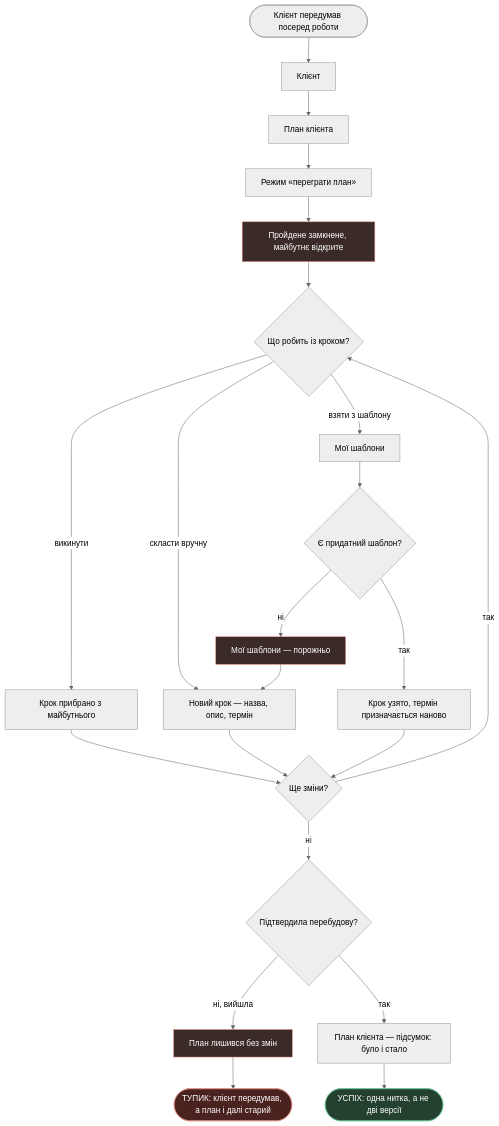
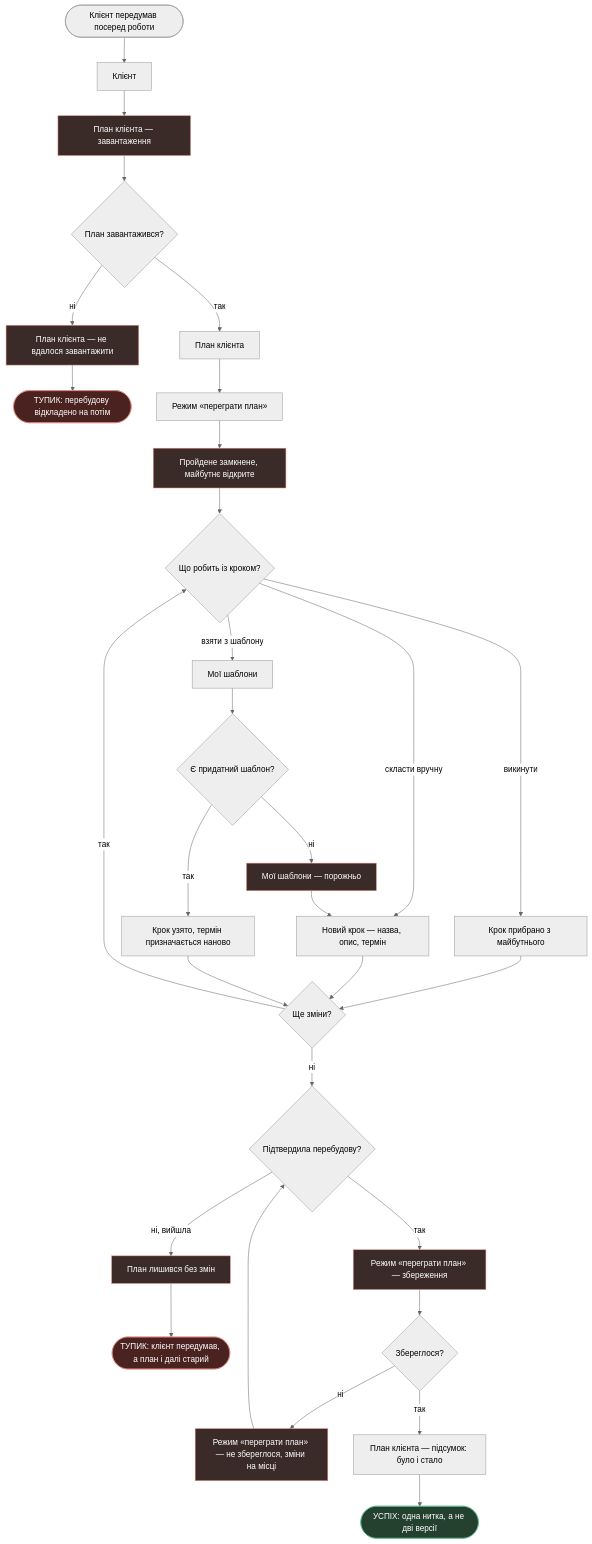
One commit to OYerokhina/AI_product changed the third of 4 diagrams in flows.md. Above: the diagram before and after it, drawn with Mermaid (neutral theme). The commit also changed other lines of this file and 7 other files, not shown here.

````diff
--- a/flows.md
+++ b/flows.md
@@ -190,31 +228,39 @@
 ```mermaid
 flowchart TD
     TRIG(["Клієнт передумав посеред роботи"]) --> CARD["Клієнт"]
-    CARD --> PLAN["План клієнта"]
+    CARD --> PLOAD["План клієнта — завантаження"]
+    PLOAD --> PERR{"План завантажився?"}
+    PERR -->|ні| PFAIL["План клієнта — не вдалося завантажити"]
+    PFAIL --> DEAD1(["ТУПИК: перебудову відкладено на потім"])
+    PERR -->|так| PLAN["План клієнта"]
     PLAN --> MODE["Режим «переграти план»"]
     MODE --> SPLIT["Пройдене замкнене, майбутнє відкрите"]
     SPLIT --> WHAT{"Що робить із кроком?"}
     WHAT -->|викинути| DROP["Крок прибрано з майбутнього"]
     WHAT -->|скласти вручну| MANUAL["Новий крок — назва, опис, термін"]
     WHAT -->|взяти з шаблону| TPL["Мої шаблони"]
     TPL --> HASTPL{"Є придатний шаблон?"}
     HASTPL -->|так| PICK["Крок узято, термін призначається наново"]
     HASTPL -->|ні| NOTPL["Мої шаблони — порожньо"]
     NOTPL --> MANUAL
     DROP --> MORE{"Ще зміни?"}
     MANUAL --> MORE
     PICK --> MORE
     MORE -->|так| WHAT
     MORE -->|ні| CONF{"Підтвердила перебудову?"}
     CONF -->|ні, вийшла| CANCEL["План лишився без змін"]
-    CANCEL --> DEAD1(["ТУПИК: клієнт передумав, а план і далі старий"])
-    CONF -->|так| SUM["План клієнта — підсумок: було і стало"]
+    CANCEL --> DEAD2(["ТУПИК: клієнт передумав, а план і далі старий"])
+    CONF -->|так| SAVING["Режим «переграти план» — збереження"]
+    SAVING --> SRV{"Збереглося?"}
+    SRV -->|ні| SERR["Режим «переграти план» — не збереглося, зміни на місці"]
+    SERR --> CONF
+    SRV -->|так| SUM["План клієнта — підсумок: було і стало"]
     SUM --> OK(["УСПІХ: одна нитка, а не дві версії"])
 
     classDef state fill:#3a2a28,stroke:#E08A80,color:#ffffff
     classDef dead fill:#4a2320,stroke:#E08A80,color:#ffffff
     classDef ok fill:#24402f,stroke:#5FBF92,color:#ffffff
-    class SPLIT,NOTPL,CANCEL state
-    class DEAD1 dead
+    class PLOAD,PFAIL,SPLIT,NOTPL,CANCEL,SAVING,SERR state
+    class DEAD1,DEAD2 dead
     class OK ok
 ```
````
